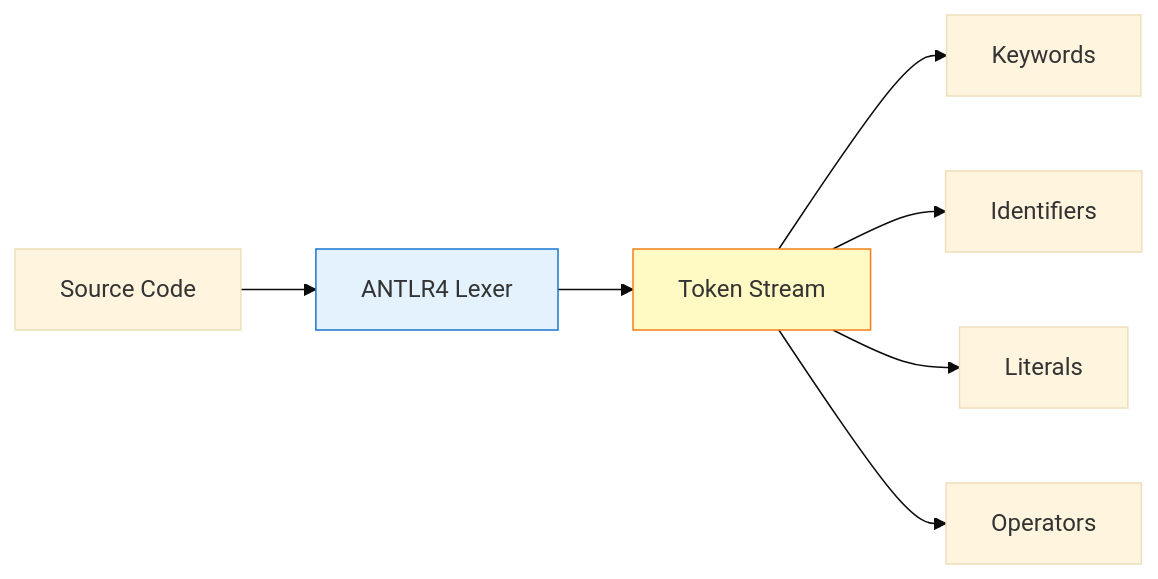
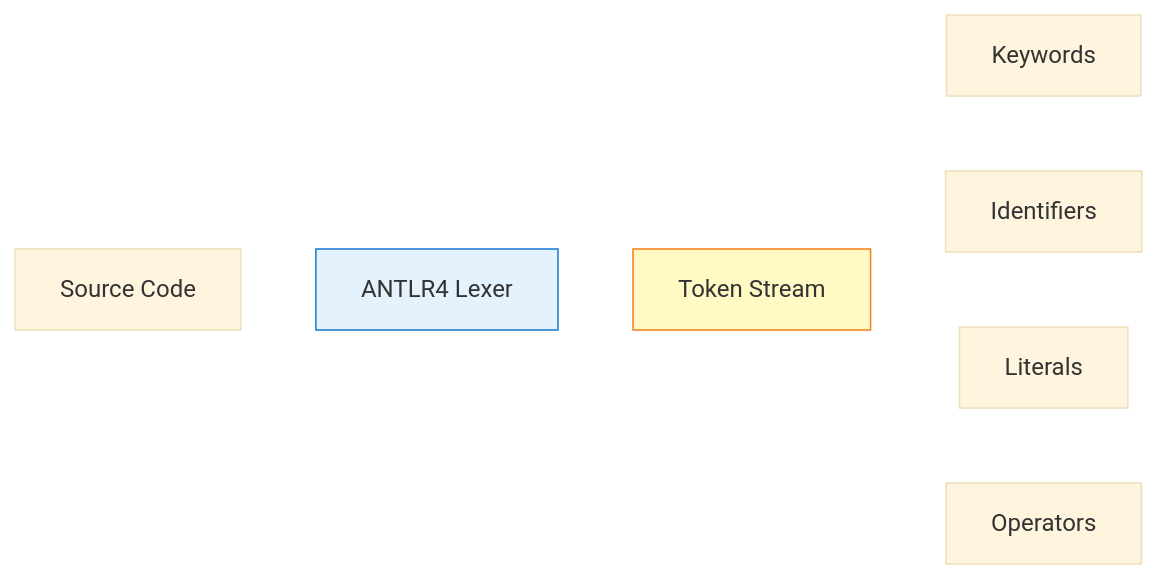
One commit to michifueby/Cool-Interpreter changed the first of 5 diagrams in docs/02-PARSING.md. Above: the diagram before and after it, drawn with Mermaid.

Commit message:
Update lexer implementation diagram with line color

````diff
--- a/docs/02-PARSING.md
+++ b/docs/02-PARSING.md
@@ -127,15 +127,15 @@
 ```mermaid
-%%{init: {'theme': 'base', 'themeVariables': { 'textColor': '#ffffff'}}}%%
+%%{init: {'theme': 'base', 'themeVariables': { 'textColor': '#ffffff', 'lineColor': '#ffffff'}}}%%
 
 flowchart LR
     Source[Source Code] --> Lexer[ANTLR4 Lexer]
     Lexer --> Tokens[Token Stream]
     
     Tokens --> KW[Keywords]
     Tokens --> ID[Identifiers]
     Tokens --> LIT[Literals]
     Tokens --> OP[Operators]
     
     style Lexer fill:#e3f2fd,stroke:#1976d2
     style Tokens fill:#fff9c4,stroke:#f57f17
 ```
````
